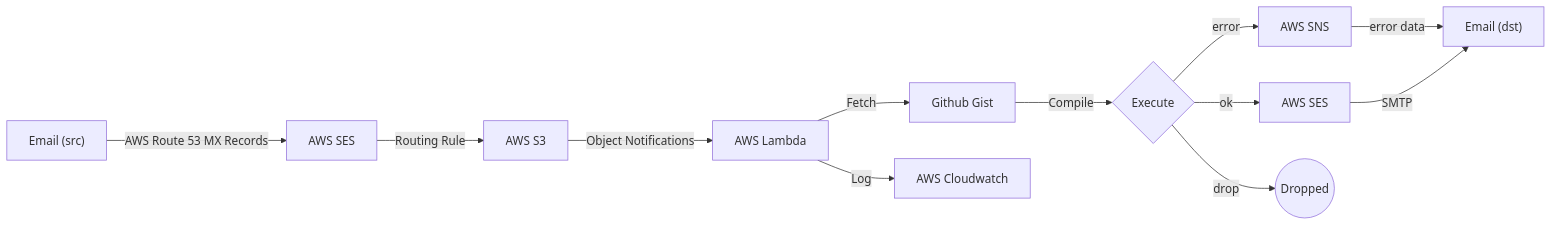
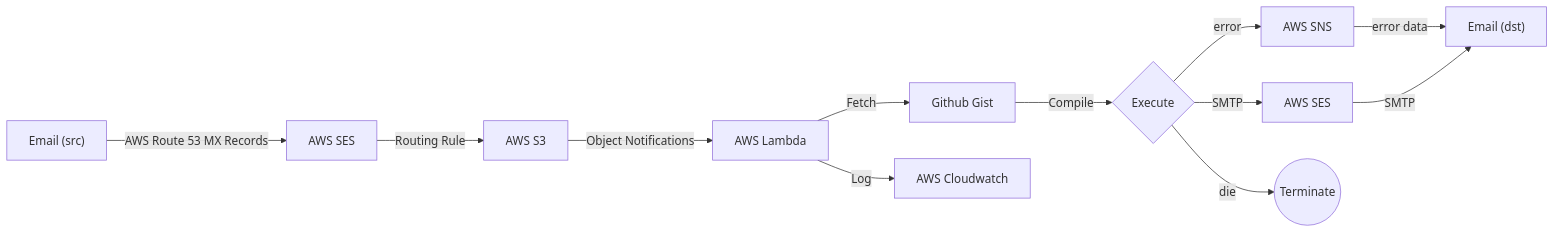
Before and after one commit to ms-jpq/lab: the tenth of 10 diagrams in doc/README.md, drawn with Mermaid.

````diff
--- a/doc/README.md
+++ b/doc/README.md
@@ -798,14 +798,14 @@
 ```mermaid
 flowchart LR
   src["Email (src)"] --> |AWS Route 53 MX Records| ses["AWS SES"]
   ses --> |Routing Rule| s3["AWS S3"]
   s3 --> |Object Notifications| lambda["AWS Lambda"]
   lambda --> |Fetch| gist["Github Gist"]
   lambda --> |Log| cw["AWS Cloudwatch"]
   gist --> |Compile| exec{"Execute"}
   exec --> |error| sns["AWS SNS"]
   sns --> |error data| dst["Email"]
-  exec --> |ok| ses2["AWS SES"]
-  exec --> |drop| die(("Dropped"))
+  exec --> |SMTP| ses2["AWS SES"]
+  exec --> |die| die(("Terminate"))
   ses2 --> |SMTP| dst["Email (dst)"]
 ```
````
